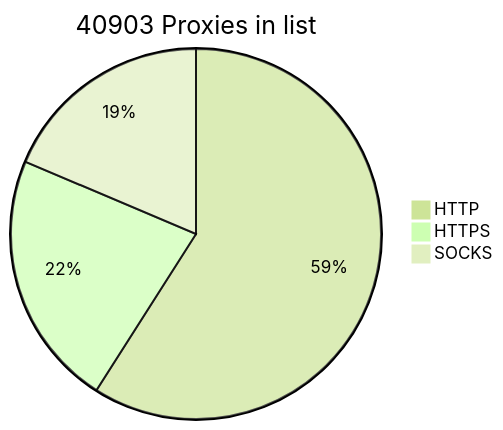
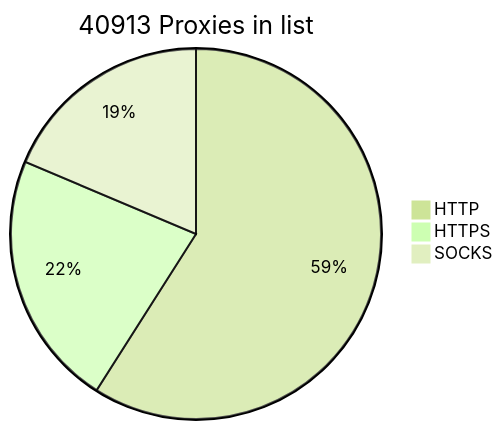
One commit to BlackSnowDot/proxylist-update-every-minute changed the diagram in README.md. Above: the diagram before and after it, drawn with Mermaid (forest theme).

````diff
--- a/README.md
+++ b/README.md
@@ -2,6 +2,6 @@
 ```mermaid
-pie title 40903 Proxies in list
+pie title 40913 Proxies in list
     "HTTP" : 28341
     "HTTPS": 10730
-    "SOCKS" : 8942
+    "SOCKS" : 8952
 ```
````
